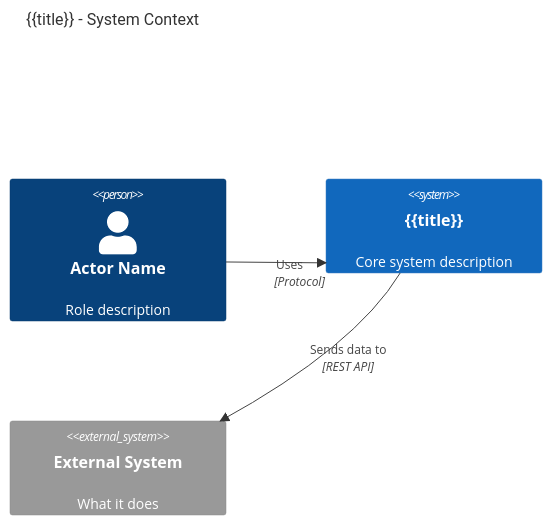
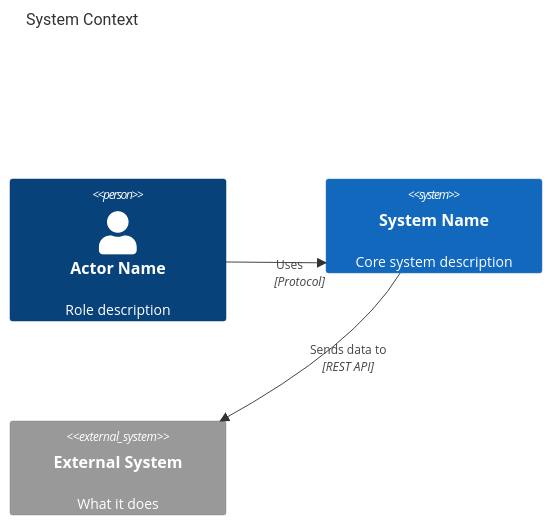
Before and after one commit to DavidROliverBA/ArchitectKB: the diagram in Templates/System.md, drawn with Mermaid. The commit also changed other lines of this file and 35 other files, not shown here.

````diff
--- a/Templates/System.md
+++ b/Templates/System.md
@@ -218,15 +115,13 @@
 ```mermaid
 C4Context
-    title {{title}} - System Context
+    title System Context
 
     Person(actor1, "Actor Name", "Role description")
-
-    System(system, "{{title}}", "Core system description")
-
+    System(system, "System Name", "Core system description")
     System_Ext(ext1, "External System", "What it does")
 
     Rel_D(actor1, system, "Uses", "Protocol")
     Rel_D(system, ext1, "Sends data to", "REST API")
 
     UpdateLayoutConfig($c4ShapeInRow="3", $c4BoundaryInRow="1")
 ```
````
